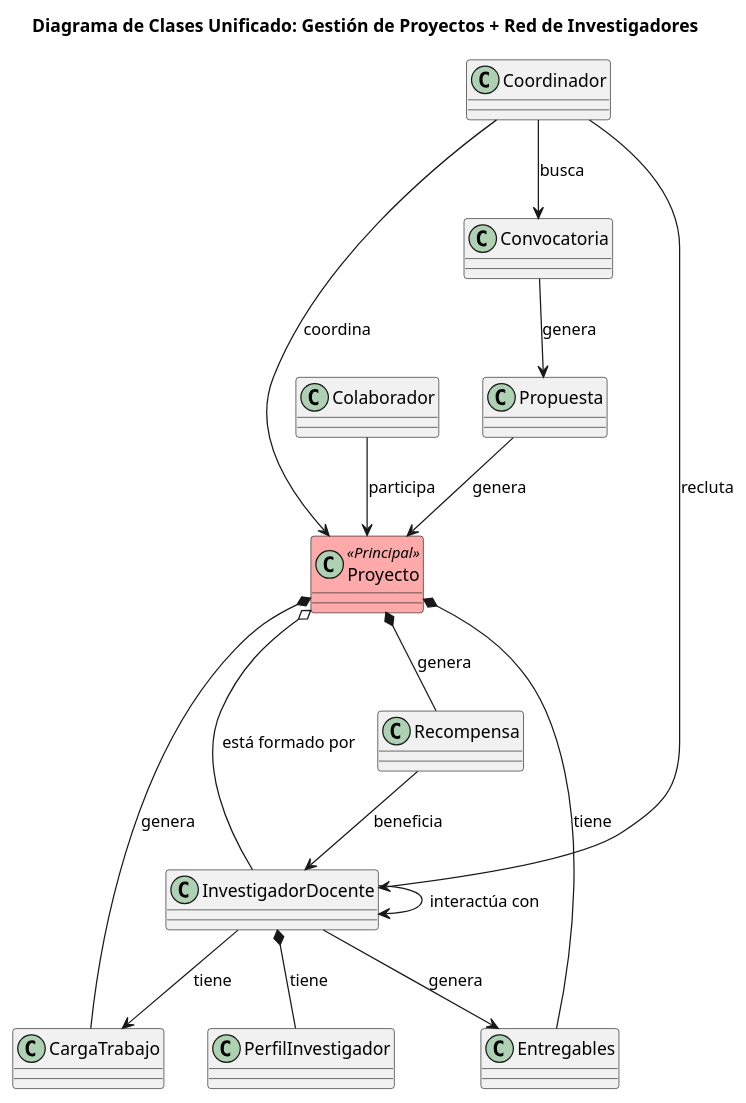
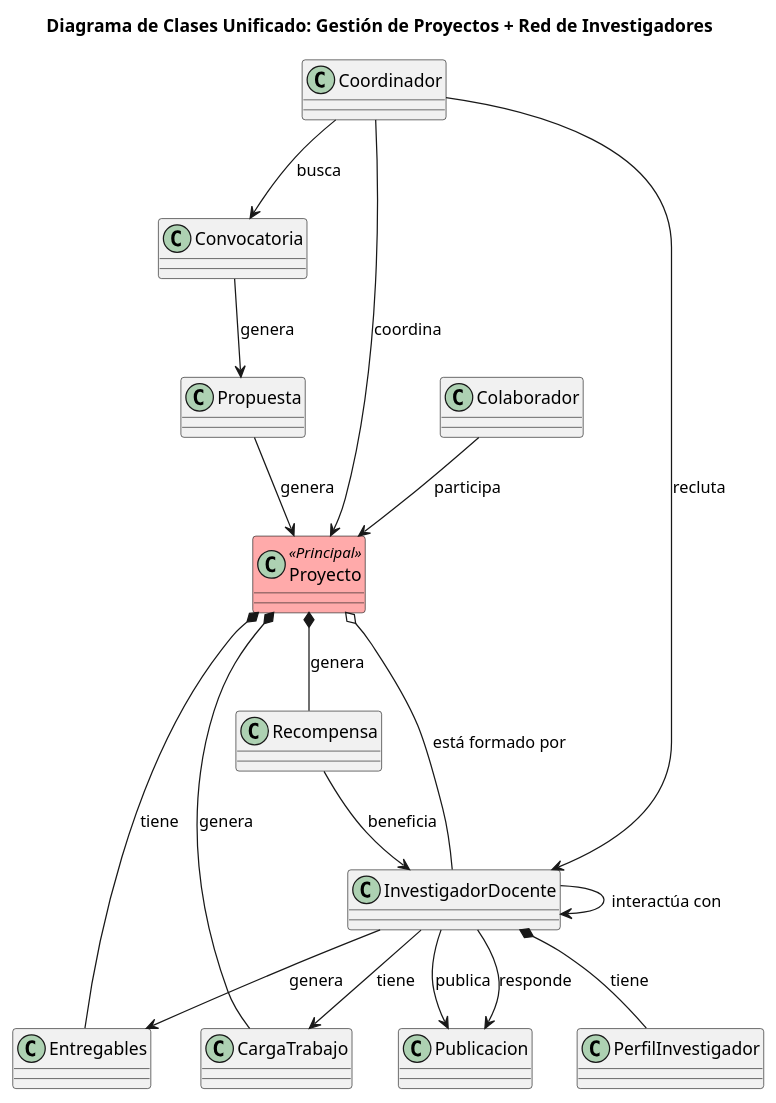
The diagram in documentación/ModeloDelDominio/Diagramas/Clases/DiagramaClasesProyectoRed.puml (31Diego/25-26-IdSw1-SdR), drawn with PlantUML before and after one commit. The commit also changed 8 other files, not shown here.

```diff
--- a/documentación/ModeloDelDominio/Diagramas/Clases/DiagramaClasesProyectoRed.puml
+++ b/documentación/ModeloDelDominio/Diagramas/Clases/DiagramaClasesProyectoRed.puml
@@ -1,62 +1,68 @@
 @startuml SDiagramaClases
 
 title "Diagrama de Clases Unificado: Gestión de Proyectos + Red de Investigadores"
 
 class Proyecto <<Principal>> #FFAAAA {
 }
 
 class Convocatoria {
 }
 
 class Propuesta {
 }
 
 class InvestigadorDocente {
 }
 
 class Coordinador {
 }
 
 class Colaborador {
 }
 
 class CargaTrabajo {
 }
 
 class Entregables {
 }
 
 class Recompensa {
 }
 
 class PerfilInvestigador {
 }
 
+class Publicacion {
+    
+}
+
 
 Convocatoria --> Propuesta : genera
 Propuesta --> Proyecto : genera
 
 
 Proyecto o-- InvestigadorDocente : "está formado por"
 Proyecto *-- Entregables : tiene
 Proyecto *-- CargaTrabajo : genera
 Proyecto *-- Recompensa : genera
 
 
 Coordinador --> Proyecto : coordina
 Coordinador --> Convocatoria : busca
 Coordinador --> InvestigadorDocente : recluta
 
 
 Colaborador --> Proyecto : participa
 
 
 InvestigadorDocente --> CargaTrabajo : tiene
 InvestigadorDocente *-- PerfilInvestigador : tiene
 InvestigadorDocente --> InvestigadorDocente : interactúa con
 InvestigadorDocente --> Entregables : genera
+InvestigadorDocente --> Publicacion: publica
+InvestigadorDocente --> Publicacion: responde
 
 
 Recompensa --> InvestigadorDocente : beneficia
 
 @enduml
```
